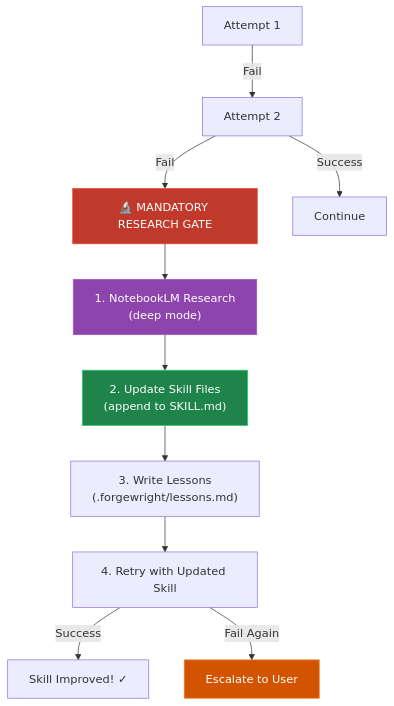
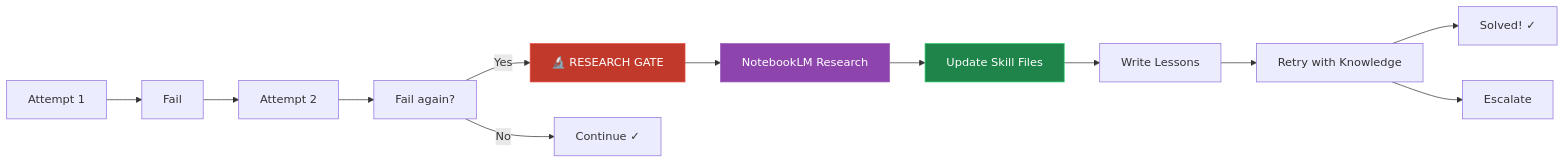
One commit to buiphucminhtam/forge17 changed the second of 4 diagrams in README.md. Above: the diagram before and after it, drawn with Mermaid. The commit also changed other lines of this file, not shown here.

````diff
--- a/README.md
+++ b/README.md
@@ -728,19 +218,19 @@
 ```mermaid
-flowchart TD
-    START["Attempt 1"]
-    START --> |"Fail"| ATTEMPT2["Attempt 2"]
-    ATTEMPT2 --> |"Fail"| GATE["🔬 MANDATORY RESEARCH GATE"]
-    ATTEMPT2 --> |"Success"| SUCCESS["Continue"]
-
-    GATE --> RESEARCH["1. NotebookLM Research<br/>(deep mode)"]
-    RESEARCH --> UPDATE["2. Update Skill Files<br/>(append to SKILL.md)"]
-    UPDATE --> LESSONS["3. Write Lessons<br/>(.forgewright/lessons.md)"]
-    LESSONS --> RETRY["4. Retry with Updated Skill"]
-    RETRY --> |"Success"| DONE["Skill Improved! ✓"]
-    RETRY --> |"Fail Again"| ESCALATE["Escalate to User"]
-
+flowchart LR
+    A1["Attempt 1"] --> F1["Fail"]
+    F1 --> A2["Attempt 2"]
+    A2 --> F2["Fail again?"]
+    F2 -->|"Yes"| GATE["🔬 RESEARCH GATE"]
+    F2 -->|"No"| CONT["Continue ✓"]
+    
+    GATE --> R["NotebookLM Research"]
+    R --> U["Update Skill Files"]
+    U --> L["Write Lessons"]
+    L --> RT["Retry with Knowledge"]
+    RT --> WIN["Solved! ✓"]
+    RT --> ESC["Escalate"]
+    
     style GATE fill:#c0392b,stroke:#e74c3c,color:#fff
-    style RESEARCH fill:#8e44ad,stroke:#9b59b6,color:#fff
-    style UPDATE fill:#1e8449,stroke:#2ecc71,color:#fff
-    style ESCALATE fill:#d35400,stroke:#e67e22,color:#fff
+    style R fill:#8e44ad,stroke:#9b59b6,color:#fff
+    style U fill:#1e8449,stroke:#2ecc71,color:#fff
 ```
````
